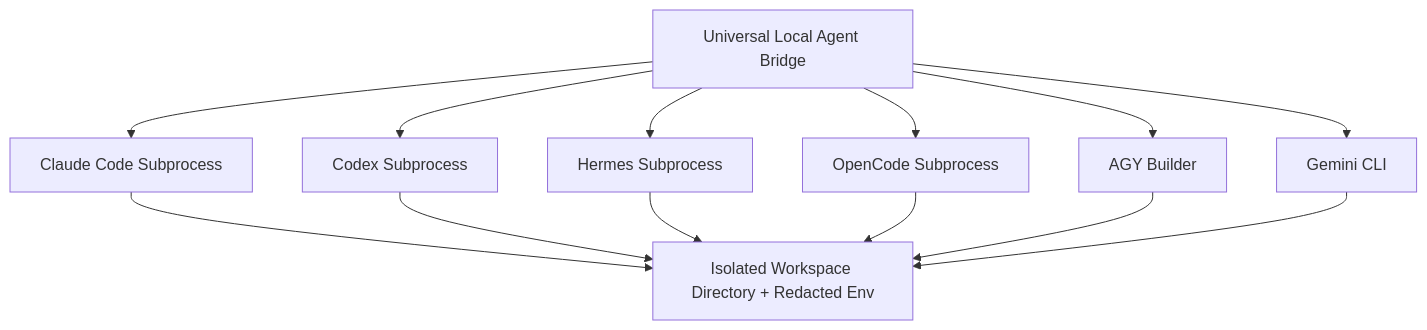
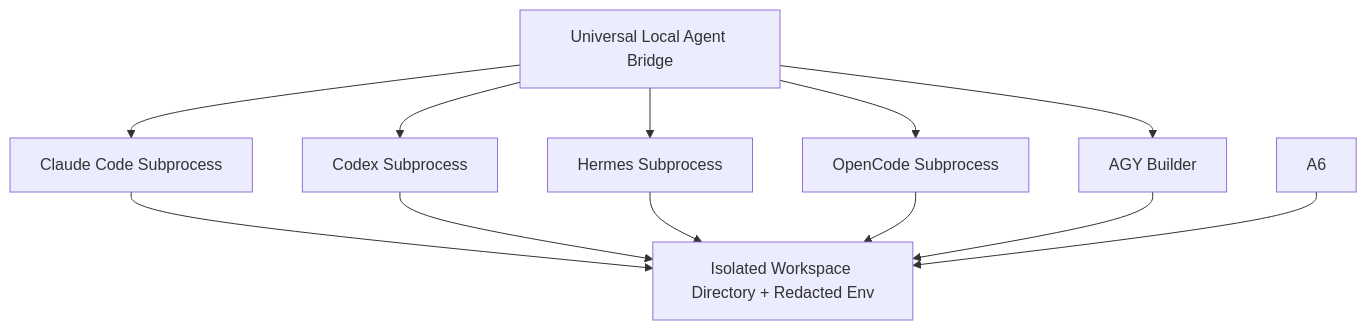
Before and after one commit to rachidSabah/Nexus: the diagram in docs/wiki/10-universal-local-agent-bridge.md, drawn with Mermaid. The commit also changed other lines of this file and 16 other files, not shown here.

````diff
--- a/docs/wiki/10-universal-local-agent-bridge.md
+++ b/docs/wiki/10-universal-local-agent-bridge.md
@@ -22,17 +21,16 @@
 ```mermaid
 graph TD
     Bridge["Universal Local Agent Bridge"]
     Bridge --> A1["Claude Code Subprocess"]
     Bridge --> A2["Codex Subprocess"]
     Bridge --> A3["Hermes Subprocess"]
     Bridge --> A4["OpenCode Subprocess"]
     Bridge --> A5["AGY Builder"]
-    Bridge --> A6["Gemini CLI"]
     
     A1 --> Env["Isolated Workspace Directory + Redacted Env"]
     A2 --> Env
     A3 --> Env
     A4 --> Env
     A5 --> Env
     A6 --> Env
 ```
````
